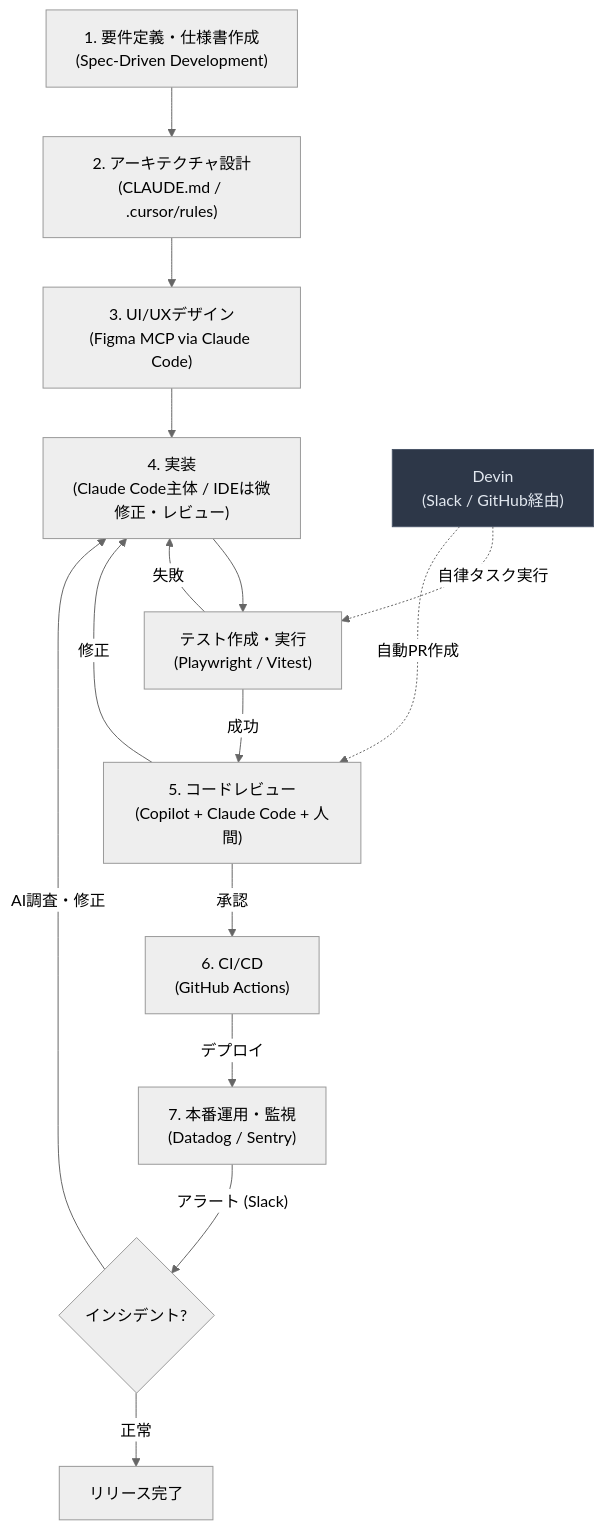
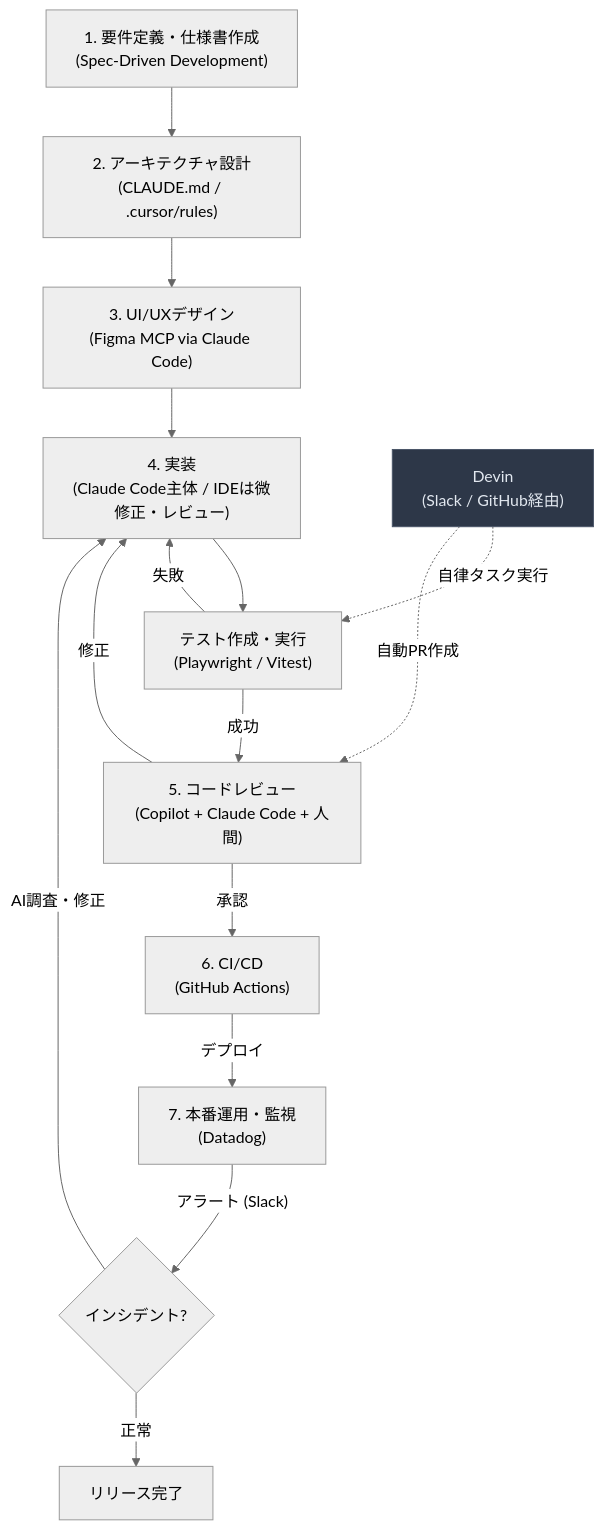
Before and after one commit to takuma39/ai: the seventh of 23 diagrams in AI駆動開発.md, drawn with Mermaid (neutral theme). The commit also changed other lines of this file, not shown here.

````diff
--- a/AI駆動開発.md
+++ b/AI駆動開発.md
@@ -300,19 +293,19 @@
 ```mermaid
 flowchart TD
     A["1. 要件定義・仕様書作成<br/>(Spec-Driven Development)"] --> B["2. アーキテクチャ設計<br/>(CLAUDE.md / .cursor/rules)"]
     B --> C["3. UI/UXデザイン<br/>(Figma MCP via Claude Code)"]
     C --> D["4. 実装<br/>(Claude Code主体 / IDEは微修正・レビュー)"]
     D --> T["テスト作成・実行<br/>(Playwright / Vitest)"]
     T -->|"失敗"| D
     T -->|"成功"| E["5. コードレビュー<br/>(Copilot + Claude Code + 人間)"]
     E -->|修正| D
     E -->|承認| F["6. CI/CD<br/>(GitHub Actions)"]
-    F -->|デプロイ| G["7. 本番運用・監視<br/>(Datadog / Sentry)"]
+    F -->|デプロイ| G["7. 本番運用・監視<br/>(Datadog)"]
     G -->|"アラート (Slack)"| H{"インシデント?"}
     H -->|"AI調査・修正"| D
     H -->|"正常"| I["リリース完了"]
 
     D2["Devin<br/>(Slack / GitHub経由)"] -.->|"自律タスク実行"| T
     D2 -.->|"自動PR作成"| E
     style D2 fill:#2d3748,stroke:#4a5568,color:#e2e8f0
 ```
````
